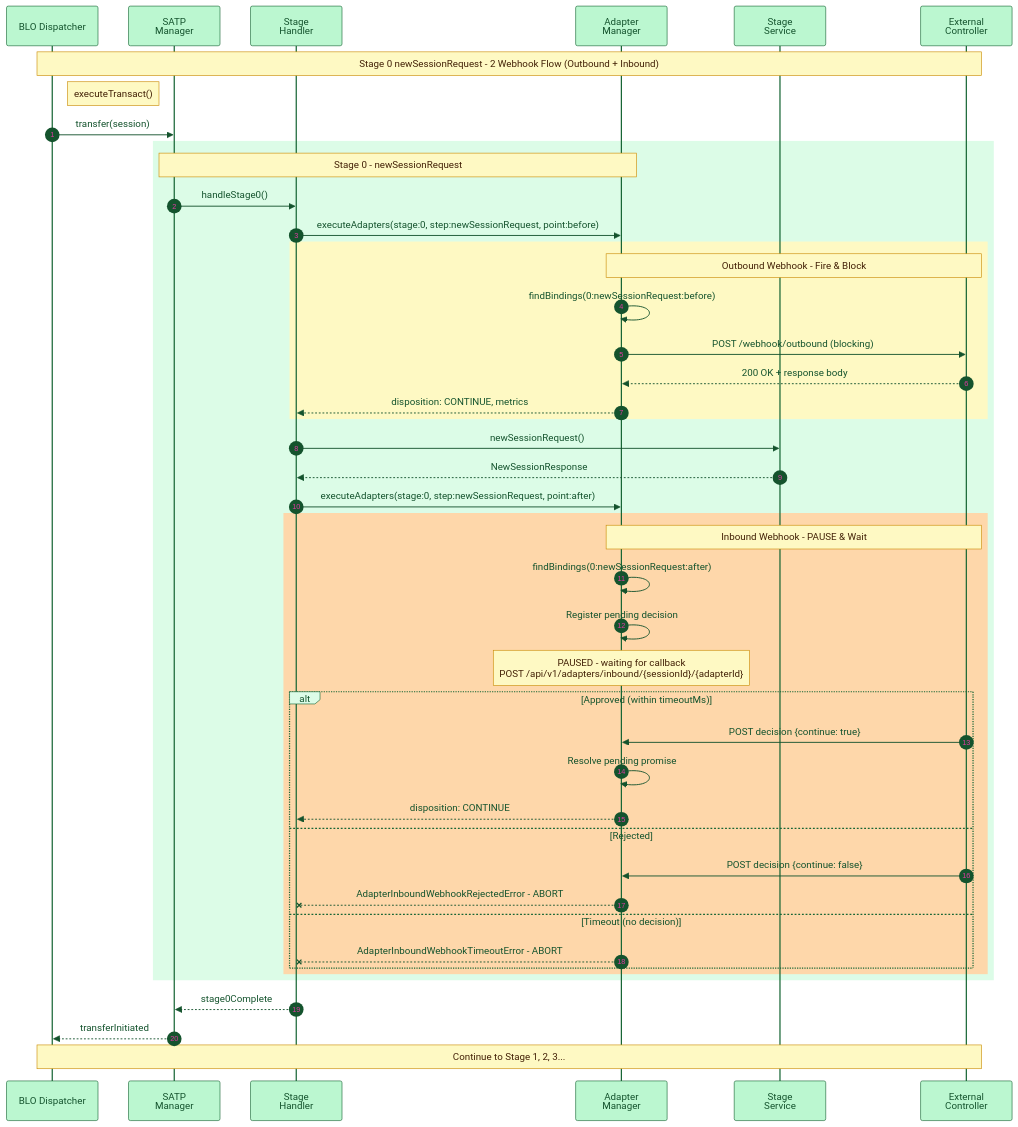
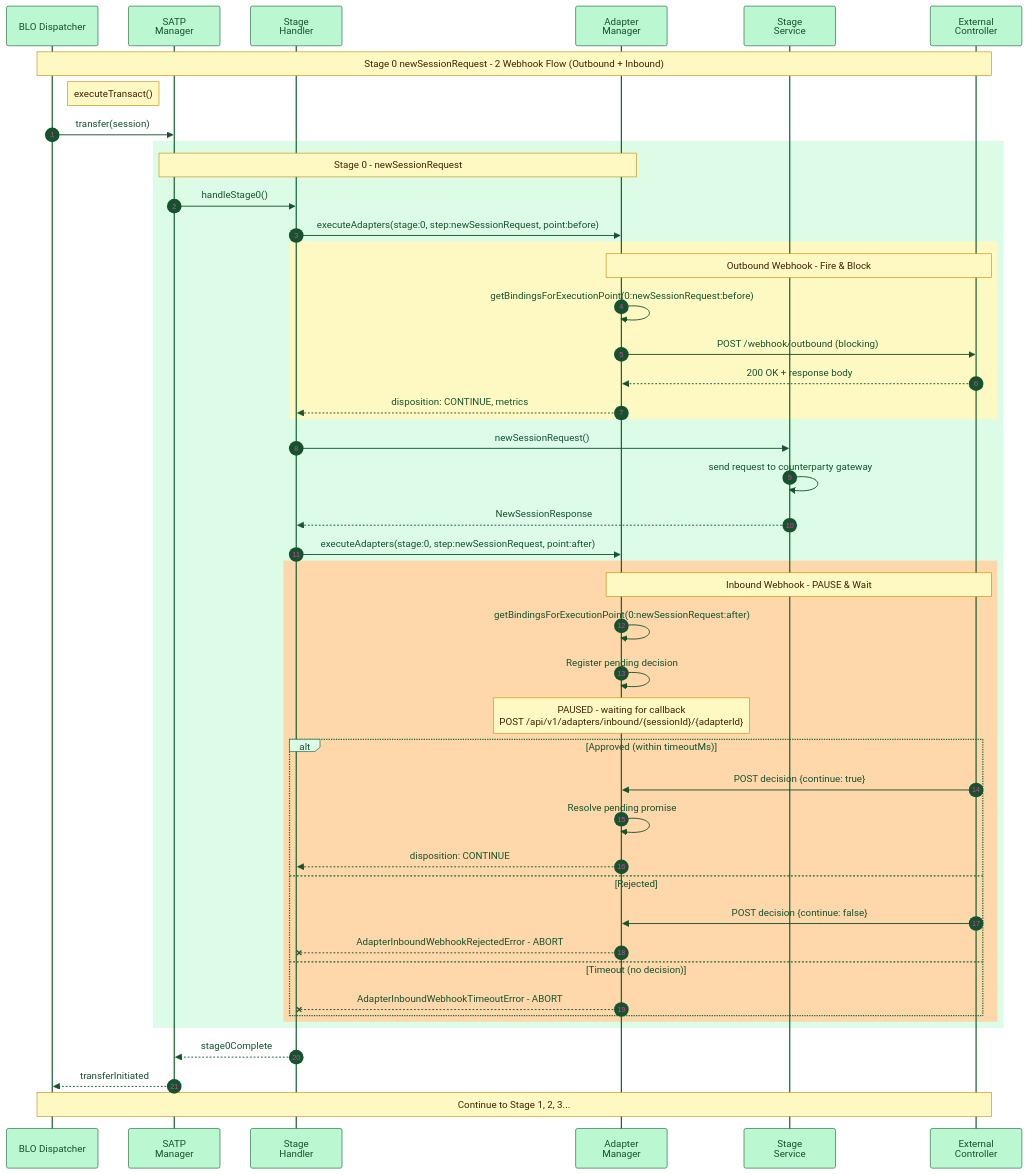
One commit to RafaelAPB/blockchain-integration-framework changed the diagram in packages/cactus-plugin-satp-hermes/docs/diagrams/adapter-layer-transfer-flow.mmd. Above: the diagram before and after it, drawn with Mermaid. The commit also changed 7 other files, not shown here.

Commit message:
docs(satp-hermes): adapter diagrams

```diff
--- a/packages/cactus-plugin-satp-hermes/docs/diagrams/adapter-layer-transfer-flow.mmd
+++ b/packages/cactus-plugin-satp-hermes/docs/diagrams/adapter-layer-transfer-flow.mmd
@@ -1,58 +1,59 @@
 %%{init: {'theme':'base', 'themeVariables': { 'fontSize':'14px', 'fontFamily':'Segoe UI, system-ui, sans-serif', 'primaryColor':'#86efac','primaryTextColor':'#14532d','primaryBorderColor':'#166534','lineColor':'#22c55e','secondaryColor':'#dcfce7','tertiaryColor':'#f0fdf4', 'actorTextColor':'#14532d', 'actorBkg':'#bbf7d0', 'actorBorder':'#166534', 'signalColor':'#14532d', 'signalTextColor':'#14532d', 'noteBkgColor':'#fef9c3', 'noteTextColor':'#422006', 'noteBorderColor':'#ca8a04', 'labelBoxBkgColor':'#dcfce7', 'labelTextColor':'#14532d'}}}%%
 
 sequenceDiagram
     autonumber
     participant BLO as BLO Dispatcher
     participant SM as SATP<br/>Manager
     participant SH as Stage<br/>Handler
     participant AM as Adapter<br/>Manager
     participant SS as Stage<br/>Service
     participant Ext as External<br/>Controller
 
     Note over BLO,Ext: Stage 0 newSessionRequest - 2 Webhook Flow (Outbound + Inbound)
 
     Note right of BLO: executeTransact()
     BLO->>SM: transfer(session)
     
     rect rgb(220, 252, 231)
         Note over SM,AM: Stage 0 - newSessionRequest
         SM->>SH: handleStage0()
         
         SH->>AM: executeAdapters(stage:0, step:newSessionRequest, point:before)
         
         rect rgb(254, 249, 195)
             Note over AM,Ext: Outbound Webhook - Fire & Block
-            AM->>AM: findBindings(0:newSessionRequest:before)
+            AM->>AM: getBindingsForExecutionPoint(0:newSessionRequest:before)
             AM->>Ext: POST /webhook/outbound (blocking)
             Ext-->>AM: 200 OK + response body
             AM-->>SH: disposition: CONTINUE, metrics
         end
         
         SH->>SS: newSessionRequest()
+        SS->>SS: send request to counterparty gateway
         SS-->>SH: NewSessionResponse
         
         SH->>AM: executeAdapters(stage:0, step:newSessionRequest, point:after)
         
         rect rgb(254, 215, 170)
             Note over AM,Ext: Inbound Webhook - PAUSE & Wait
-            AM->>AM: findBindings(0:newSessionRequest:after)
+            AM->>AM: getBindingsForExecutionPoint(0:newSessionRequest:after)
             AM->>AM: Register pending decision
             Note over AM: PAUSED - waiting for callback<br/>POST /api/v1/adapters/inbound/{sessionId}/{adapterId}
             
             alt Approved (within timeoutMs)
                 Ext->>AM: POST decision {continue: true}
                 AM->>AM: Resolve pending promise
                 AM-->>SH: disposition: CONTINUE
             else Rejected
                 Ext->>AM: POST decision {continue: false}
                 AM--xSH: AdapterInboundWebhookRejectedError - ABORT
             else Timeout (no decision)
                 AM--xSH: AdapterInboundWebhookTimeoutError - ABORT
             end
         end
     end
 
     SH-->>SM: stage0Complete
     SM-->>BLO: transferInitiated
 
     Note over BLO,Ext: Continue to Stage 1, 2, 3...
```
